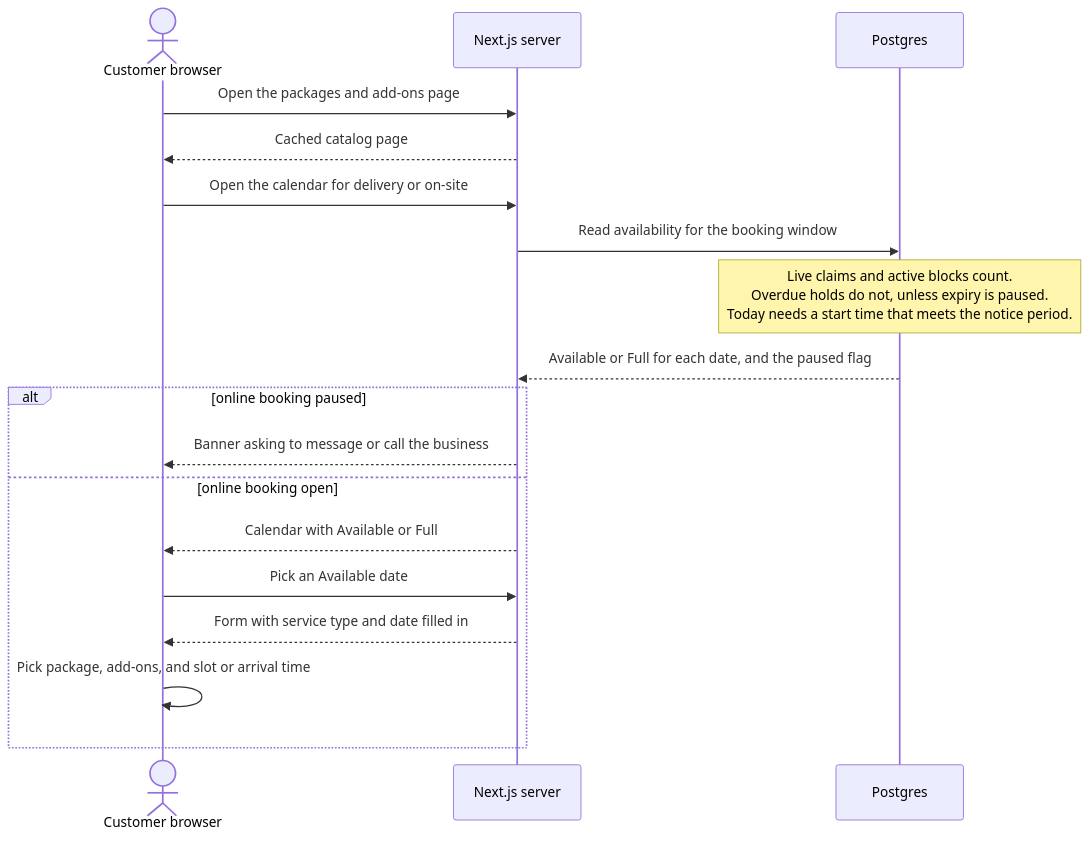
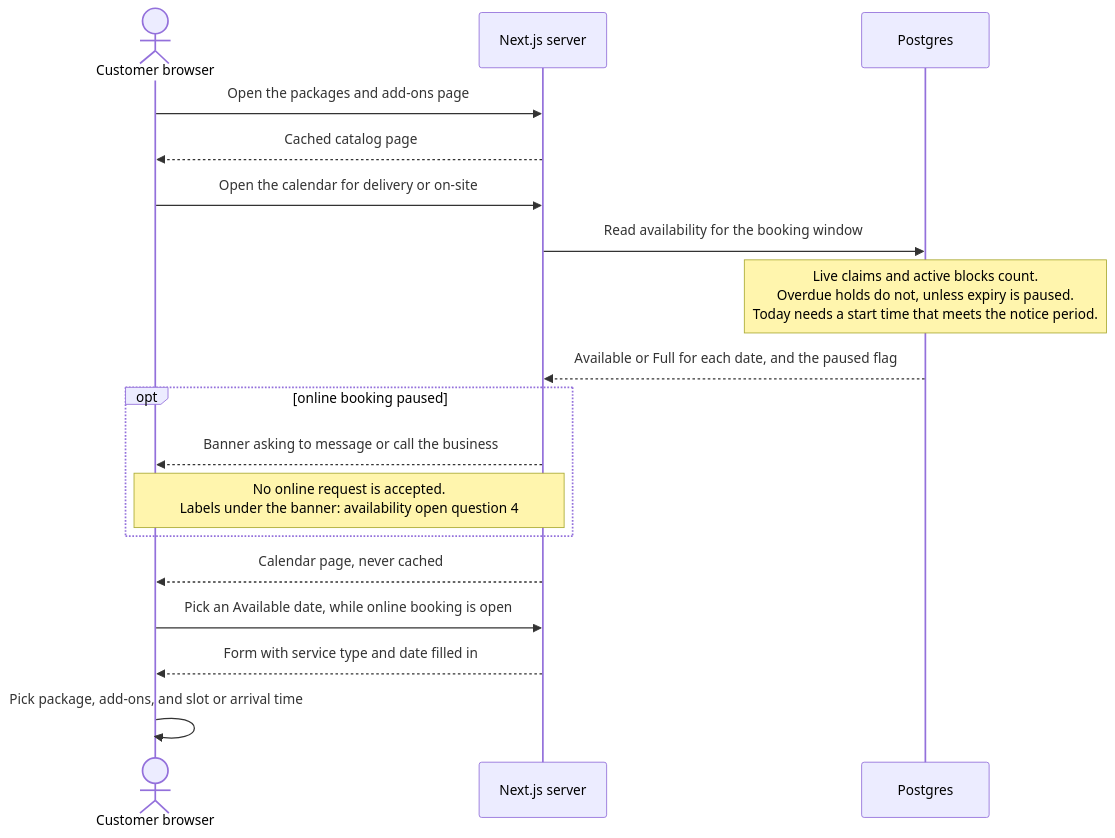
Before and after one commit to DevNarvs/kasoundbox-2026: the third of 8 diagrams in docs/03-workflows/booking-and-submission.md, drawn with Mermaid. The commit also changed other lines of this file and 6 other files, not shown here.

````diff
--- a/docs/03-workflows/booking-and-submission.md
+++ b/docs/03-workflows/booking-and-submission.md
@@ -153,20 +160,20 @@
 ```mermaid
 sequenceDiagram
     actor C as Customer browser
     participant N as Next.js server
     participant DB as Postgres
     C->>N: Open the packages and add-ons page
     N-->>C: Cached catalog page
     C->>N: Open the calendar for delivery or on-site
     N->>DB: Read availability for the booking window
     Note over DB: Live claims and active blocks count.<br/>Overdue holds do not, unless expiry is paused.<br/>Today needs a start time that meets the notice period.
     DB-->>N: Available or Full for each date, and the paused flag
-    alt online booking paused
+    opt online booking paused
         N-->>C: Banner asking to message or call the business
-    else online booking open
-        N-->>C: Calendar with Available or Full
-        C->>N: Pick an Available date
-        N-->>C: Form with service type and date filled in
-        C->>C: Pick package, add-ons, and slot or arrival time
+        Note over C,N: No online request is accepted.<br/>Labels under the banner: availability open question 4
     end
+    N-->>C: Calendar page, never cached
+    C->>N: Pick an Available date, while online booking is open
+    N-->>C: Form with service type and date filled in
+    C->>C: Pick package, add-ons, and slot or arrival time
 ```
````
